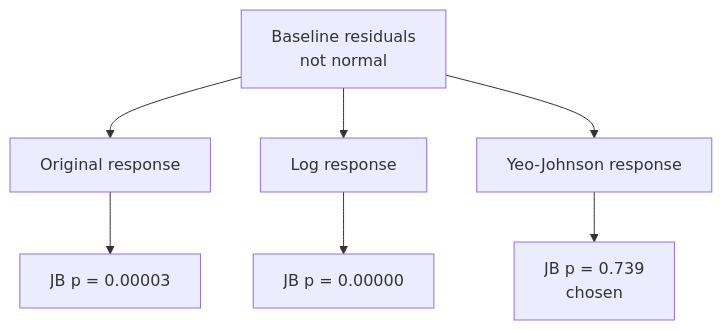
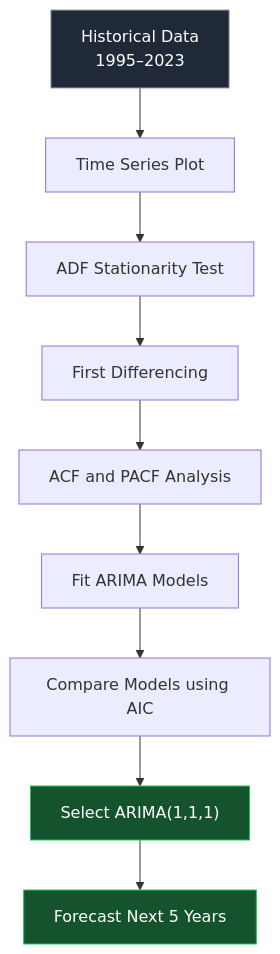
Before and after one commit to prakhar-quant/demo-: the second of 4 diagrams in README.md, drawn with Mermaid. The commit also changed other lines of this file, not shown here.

````diff
--- a/README.md
+++ b/README.md
@@ -209,9 +59,20 @@
 ```mermaid
 flowchart TD
-    A["Baseline residuals<br/>not normal"] --> B["Original response"]
-    A --> C["Log response"]
-    A --> D["Yeo-Johnson response"]
-    B --> E["JB p = 0.00003"]
-    C --> F["JB p = 0.00000"]
-    D --> G["JB p = 0.739<br/>chosen"]
+    A["Historical Data<br/>1995–2023"]
+    B["Time Series Plot"]
+    C["ADF Stationarity Test"]
+    D["First Differencing"]
+    E["ACF and PACF Analysis"]
+    F["Fit ARIMA Models"]
+    G["Compare Models using AIC"]
+    H["Select ARIMA(1,1,1)"]
+    I["Forecast Next 5 Years"]
+
+    A --> B --> C
+    C --> D
+    D --> E --> F --> G --> H --> I
+
+    style A fill:#1f2937,color:#ffffff,stroke:#9ca3af
+    style H fill:#14532d,color:#ffffff,stroke:#22c55e
+    style I fill:#14532d,color:#ffffff,stroke:#22c55e
 ```
````
